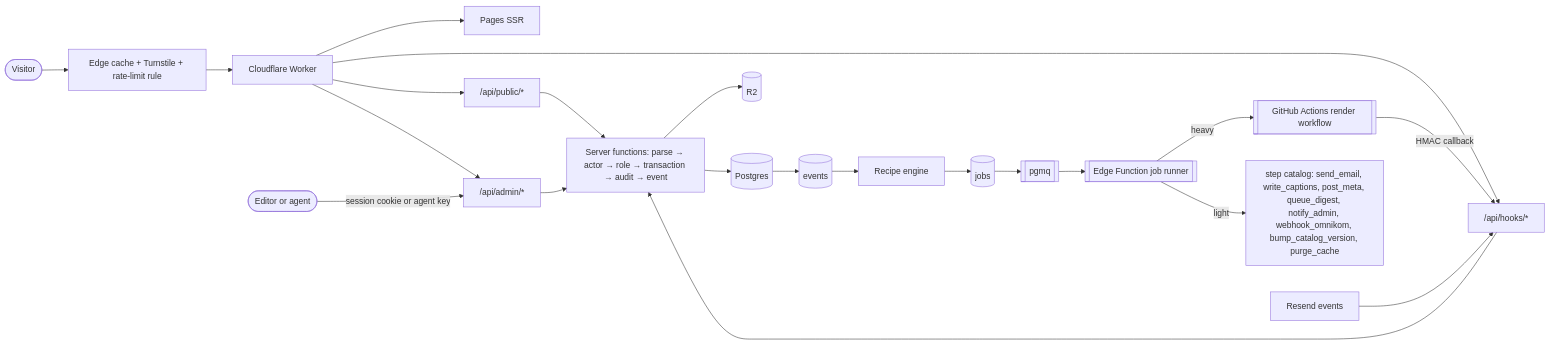
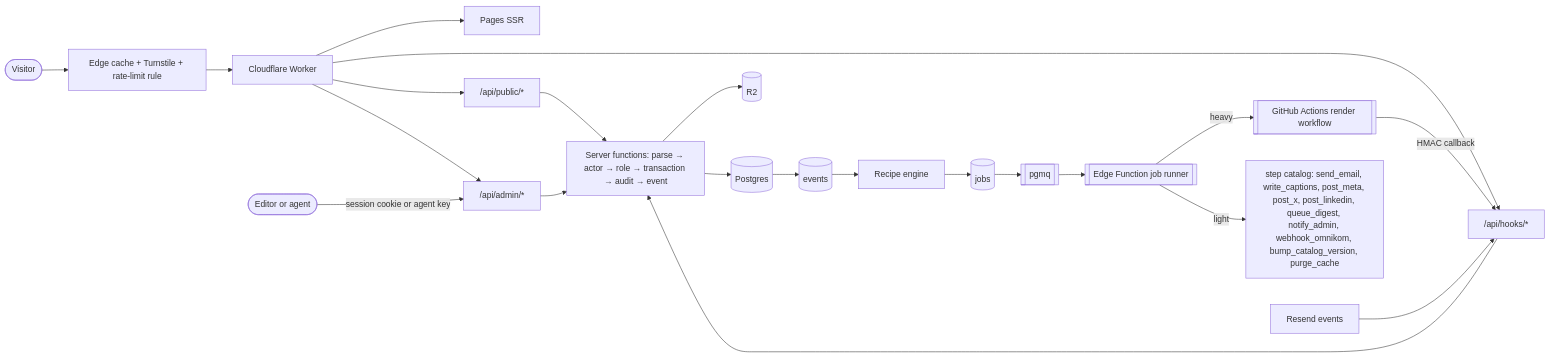
Before and after one commit to AbdulrahmanAmer/matter-of-place: the first of 4 diagrams in workspace/03-diagrams/architecture.md, drawn with Mermaid. The commit also changed 45 other files, not shown here.

````diff
--- a/workspace/03-diagrams/architecture.md
+++ b/workspace/03-diagrams/architecture.md
@@ -9,20 +9,20 @@
 ```mermaid
 flowchart LR
   V([Visitor]) --> E[Edge cache + Turnstile + rate-limit rule]
   E --> W[Cloudflare Worker]
   W --> P[Pages SSR]
   W --> PUB["/api/public/*"]
   W --> ADM["/api/admin/*"]
   W --> HK["/api/hooks/*"]
   ED([Editor or agent]) -->|session cookie or agent key| ADM
   GH[[GitHub Actions render workflow]] -->|HMAC callback| HK
   RS[Resend events] --> HK
   PUB --> SF[Server functions: parse → actor → role → transaction → audit → event]
   ADM --> SF
   HK --> SF
   SF --> DB[(Postgres)]
   SF --> R2[(R2)]
   DB --> EV[(events)] --> RE[Recipe engine] --> J[(jobs)] --> Q[[pgmq]] --> RUN[[Edge Function job runner]]
   RUN -->|heavy| GH
-  RUN -->|light| STEPS[step catalog: send_email, write_captions, post_meta, queue_digest, notify_admin, webhook_omnikom, bump_catalog_version, purge_cache]
+  RUN -->|light| STEPS[step catalog: send_email, write_captions, post_meta, post_x, post_linkedin, queue_digest, notify_admin, webhook_omnikom, bump_catalog_version, purge_cache]
 ```
````
